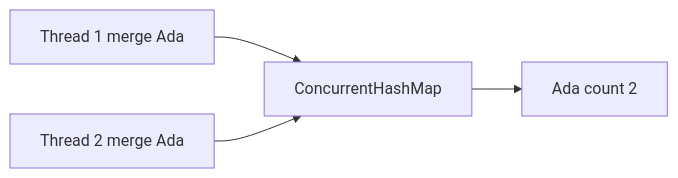
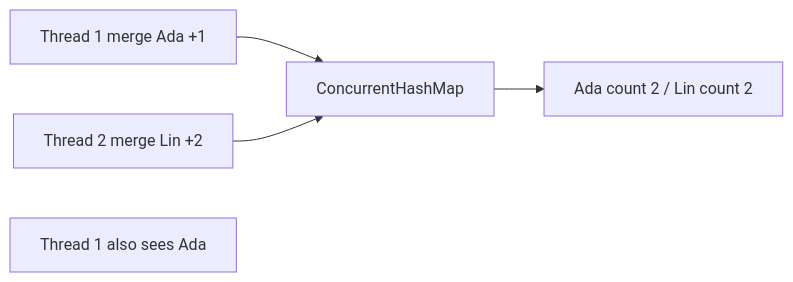
One commit to lostfromlight1/java-handbook changed the first of 2 diagrams in 24-concurrency-and-multithreading/04-concurrent-collections.md. Above: the diagram before and after it, drawn with Mermaid. The commit also changed other lines of this file and 4 other files, not shown here.

````diff
--- a/24-concurrency-and-multithreading/04-concurrent-collections.md
+++ b/24-concurrency-and-multithreading/04-concurrent-collections.md
@@ -59,9 +131,10 @@
 ```mermaid
 flowchart LR
-    T1[Thread 1 merge Ada]
-    T2[Thread 2 merge Ada]
+    T1[Thread 1 merge Ada +1]
+    T2[Thread 2 merge Lin +2]
+    T1b[Thread 1 also sees Ada]
     CHM[ConcurrentHashMap]
     T1 --> CHM
     T2 --> CHM
-    CHM --> R[Ada count 2]
+    CHM --> R[Ada count 2 / Lin count 2]
 ```
````
